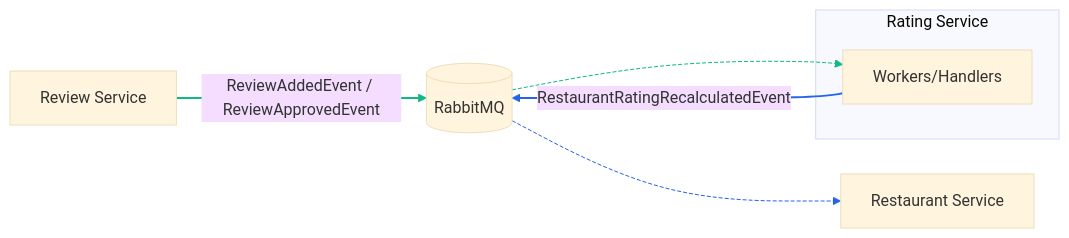
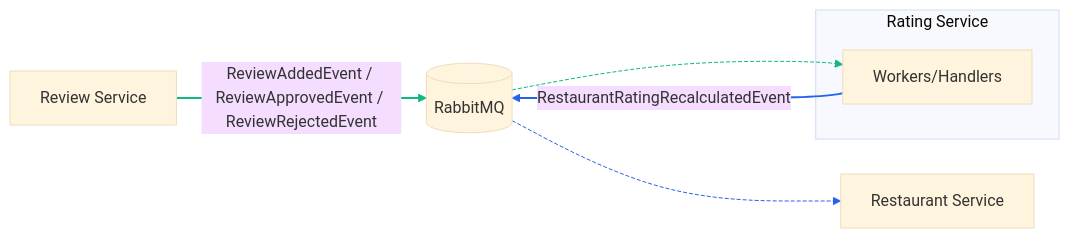
One commit to bagermoon/otuscode changed the first of 2 diagrams in docs/services/RatingService.md. Above: the diagram before and after it, drawn with Mermaid (base theme). The commit also changed other lines of this file and 2 other files, not shown here.

Commit message:
feat(review): add ReviewRejectedEvent to integration events

````diff
--- a/docs/services/RatingService.md
+++ b/docs/services/RatingService.md
@@ -90,25 +90,25 @@
 ```mermaid
 flowchart LR
     %% Входящие события от Review
-    RV[Review Service] -- ReviewAddedEvent / ReviewApprovedEvent --> MQ[(RabbitMQ)]
+    RV[Review Service] -- ReviewAddedEvent / ReviewApprovedEvent / ReviewRejectedEvent --> MQ[(RabbitMQ)]
     MQ --> RT
 
     subgraph Rating_Service[Rating Service]
         RT[Workers/Handlers]
     end
 
     %% Исходящая проекция рейтинга
     RT -- RestaurantRatingRecalculatedEvent --> MQ
     MQ --> RS[Restaurant Service]
 
     %% Подсветка стрелок для визуализации семейств событий
     %% 0: RV->MQ (события Review)
     linkStyle 0 stroke:#10b981,stroke-width:2px
     %% 1: MQ->RT (доставка событий Review)
     linkStyle 1 stroke:#10b981,stroke-dasharray: 4 2
 
     %% 2: RT->MQ (события Rating)
     linkStyle 2 stroke:#2563eb,stroke-width:2px
     %% 3: MQ->RS (доставка событий Rating)
     linkStyle 3 stroke:#2563eb,stroke-dasharray: 4 2
 ```
````
